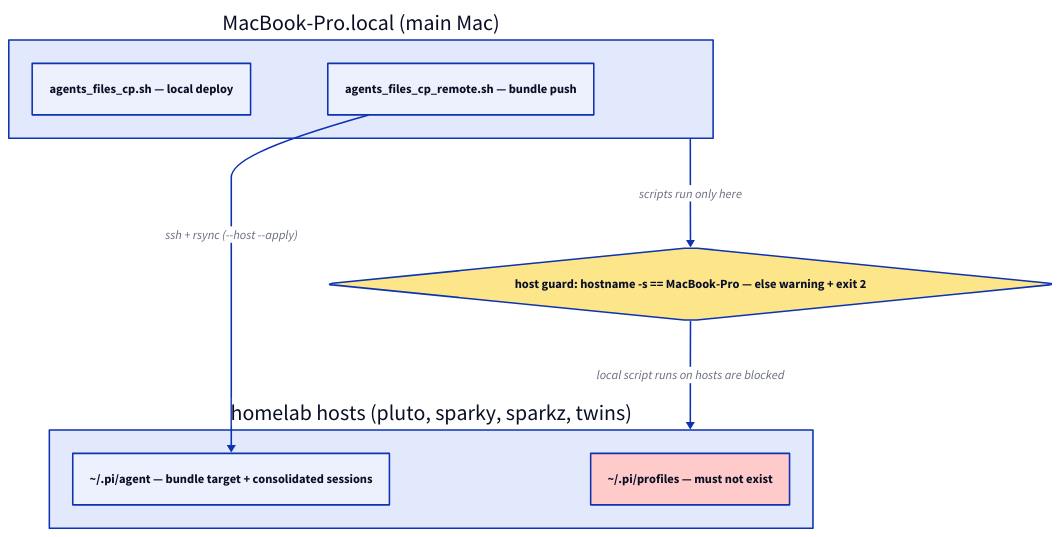
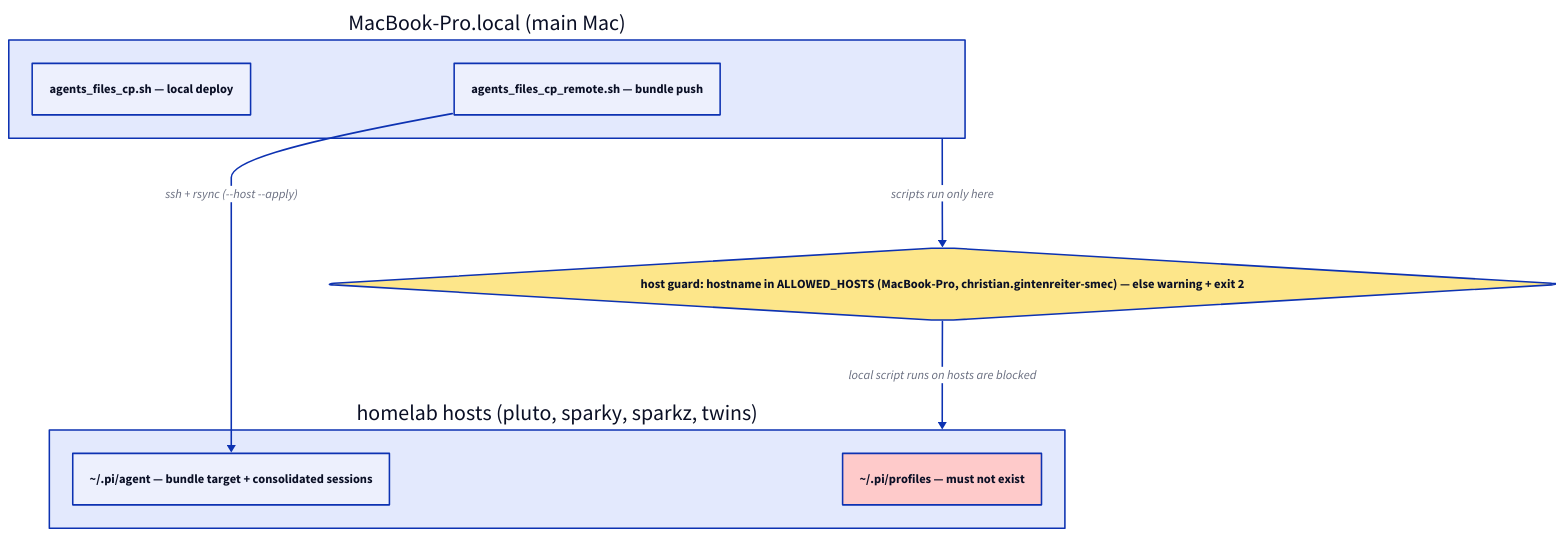
The diagram in PLAN-mac-only-deploy.d2 (cgint/dev-bin), drawn with D2 before and after one commit. The commit also changed 4 other files, not shown here.

```diff
--- a/PLAN-mac-only-deploy.d2
+++ b/PLAN-mac-only-deploy.d2
@@ -1,23 +1,23 @@
 direction: down
 
 mac: MacBook-Pro.local (main Mac) {
   shape: rectangle
   cp: agents_files_cp.sh — local deploy
   remote: agents_files_cp_remote.sh — bundle push
 }
 
-guard: host guard: hostname -s == MacBook-Pro — else warning + exit 2 {
+guard: host guard: hostname in ALLOWED_HOSTS (MacBook-Pro, christian.gintenreiter-smec) — else warning + exit 2 {
   shape: diamond
   style.fill: "#fde68a"
 }
 
 hosts: homelab hosts (pluto, sparky, sparkz, twins) {
   shape: rectangle
   agent: ~/.pi/agent — bundle target + consolidated sessions
   forbidden: ~/.pi/profiles — must not exist {
     style.fill: "#fecaca"
   }
 }
 mac -> guard: scripts run only here
 guard -> hosts: local script runs on hosts are blocked
 mac.remote -> hosts.agent: ssh + rsync (--host --apply)
```
